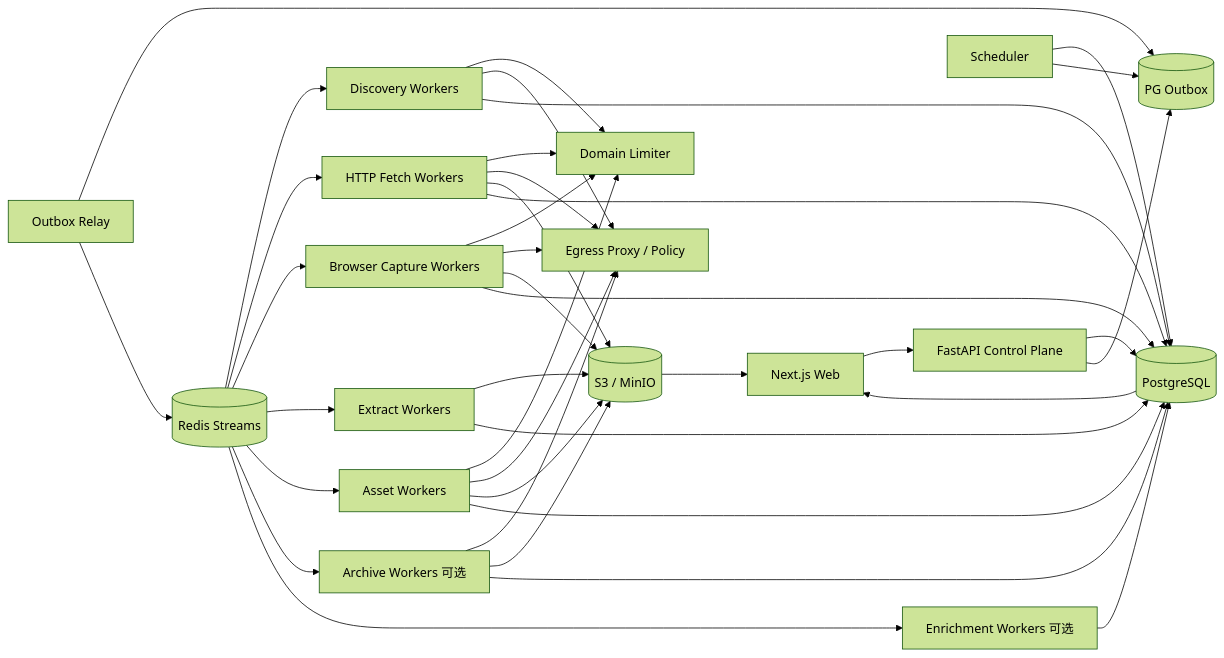
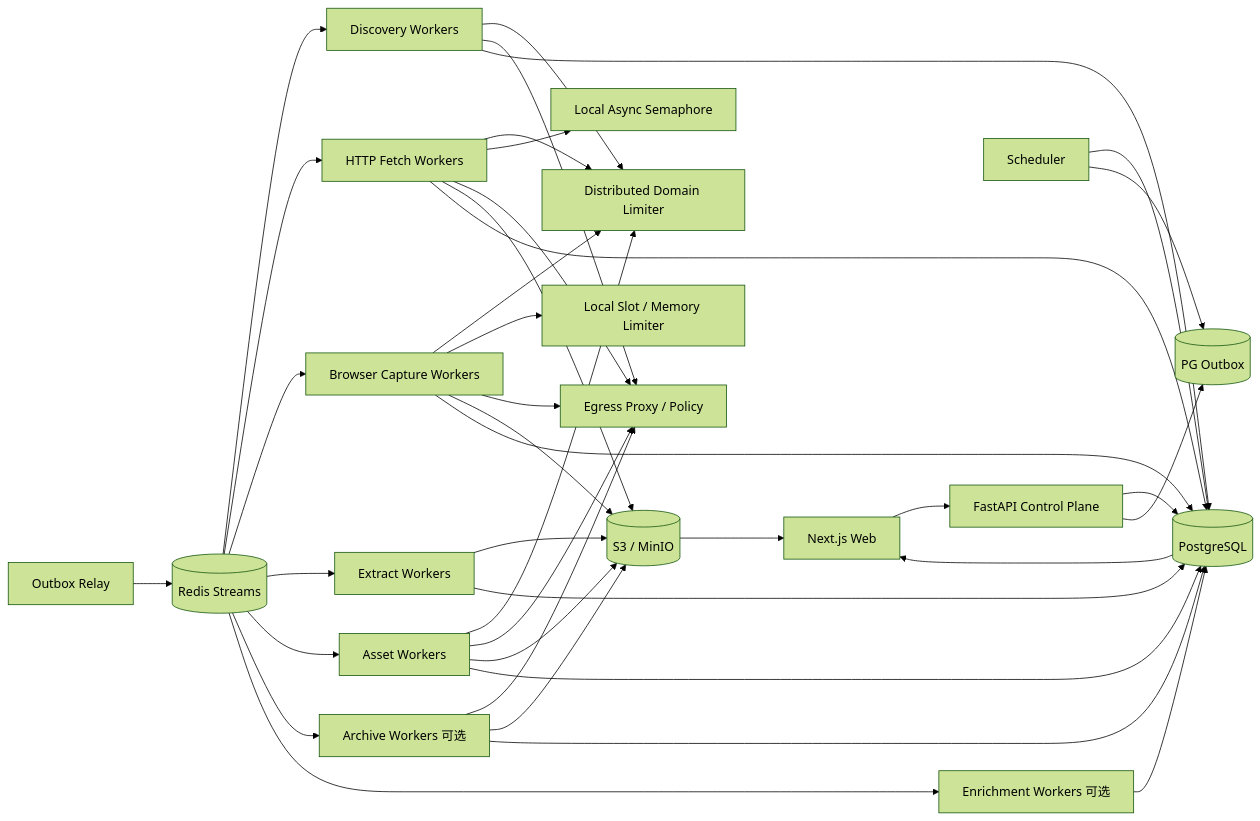
Before and after one commit to WorkerXu/my-doc: the diagram in 博客知识库技术方案.md, drawn with Mermaid (forest theme). The commit also changed other lines of this file and 2 other files, not shown here.

````diff
--- a/博客知识库技术方案.md
+++ b/博客知识库技术方案.md
@@ -57,46 +57,48 @@
 ```mermaid
 flowchart LR
     UI[Next.js Web] --> API[FastAPI Control Plane]
     API --> PG[(PostgreSQL)]
     API --> OUT[(PG Outbox)]
     SCHED[Scheduler] --> PG
     SCHED --> OUT
-    RELAY[Outbox Relay] --> OUT
-    RELAY --> REDIS[(Redis Streams)]
+    RELAY[Outbox Relay] --> REDIS[(Redis Streams)]
 
     REDIS --> DISC[Discovery Workers]
     REDIS --> HF[HTTP Fetch Workers]
     REDIS --> BF[Browser Capture Workers]
     REDIS --> EX[Extract Workers]
     REDIS --> ASSET[Asset Workers]
     REDIS --> ARCH[Archive Workers 可选]
     REDIS --> EN[Enrichment Workers 可选]
 
-    DISC --> LIMIT[Domain Limiter]
-    HF --> LIMIT
-    BF --> LIMIT
-    ASSET --> LIMIT
+    DISC --> DLIM[Distributed Domain Limiter]
+    HF --> DLIM
+    BF --> DLIM
+    ASSET --> DLIM
+
+    BF --> LLIM[Local Slot / Memory Limiter]
+    HF --> LLIM2[Local Async Semaphore]
 
     DISC --> EGRESS[Egress Proxy / Policy]
     HF --> EGRESS
     BF --> EGRESS
     ASSET --> EGRESS
     ARCH --> EGRESS
 
     HF --> S3[(S3 / MinIO)]
     BF --> S3
     EX --> S3
     ASSET --> S3
     ARCH --> S3
 
     DISC --> PG
     HF --> PG
     BF --> PG
     EX --> PG
     ASSET --> PG
     ARCH --> PG
     EN --> PG
 
     PG --> UI
     S3 --> UI
 ```
````
